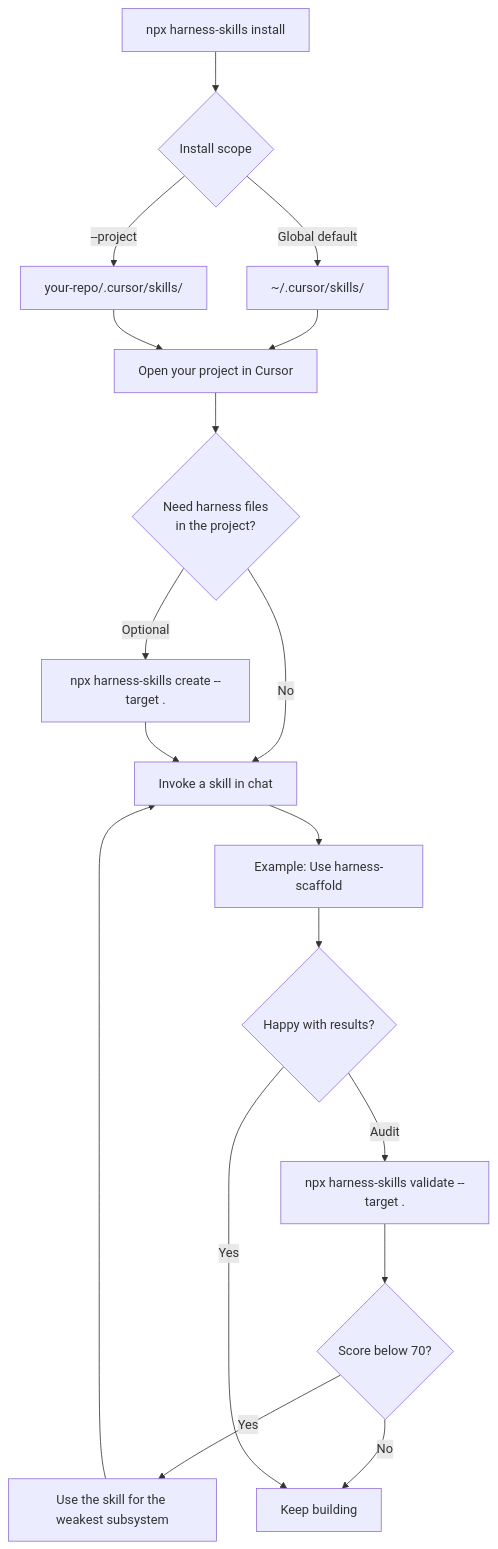
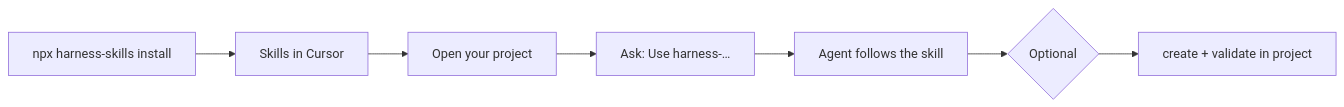
The first of 2 diagrams in README.md (solanodz/harness-engineering-skills), drawn with Mermaid before and after one commit. The commit also changed other lines of this file and 4 other files, not shown here.

````diff
--- a/README.md
+++ b/README.md
@@ -13,20 +73,9 @@
 ```mermaid
-flowchart TD
-    A["npx harness-skills install"] --> B{Install scope}
-    B -->|Global default| C["~/.cursor/skills/"]
-    B -->|--project| D["your-repo/.cursor/skills/"]
-    C --> E[Open your project in Cursor]
-    D --> E
-    E --> F{Need harness files<br/>in the project?}
-    F -->|Optional| G["npx harness-skills create --target ."]
-    F -->|No| H[Invoke a skill in chat]
-    G --> H
-    H --> I["Example: Use harness-scaffold"]
-    I --> J{Happy with results?}
-    J -->|Audit| K["npx harness-skills validate --target ."]
-    K --> L{Score below 70?}
-    L -->|Yes| M[Use the skill for the weakest subsystem]
-    M --> H
-    L -->|No| N[Keep building]
-    J -->|Yes| N
+flowchart LR
+    A["npx harness-skills install"] --> B[Skills in Cursor]
+    B --> C[Open your project]
+    C --> D["Ask: Use harness-…"]
+    D --> E[Agent follows the skill]
+    E --> F{Optional}
+    F --> G["create + validate in project"]
 ```
````
